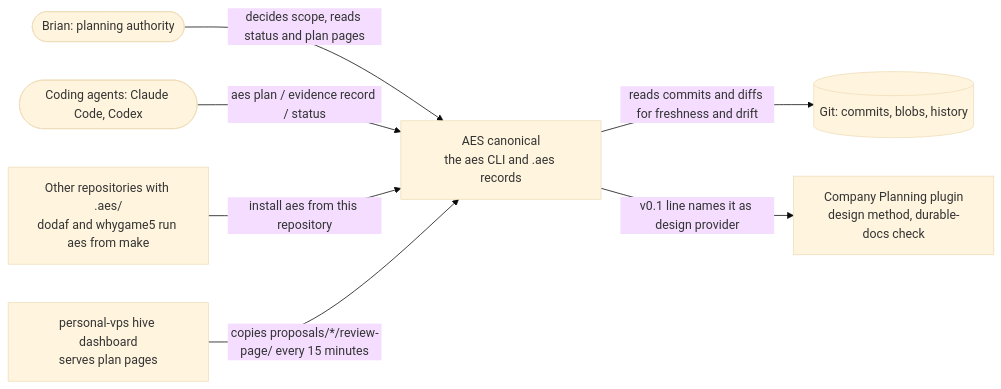
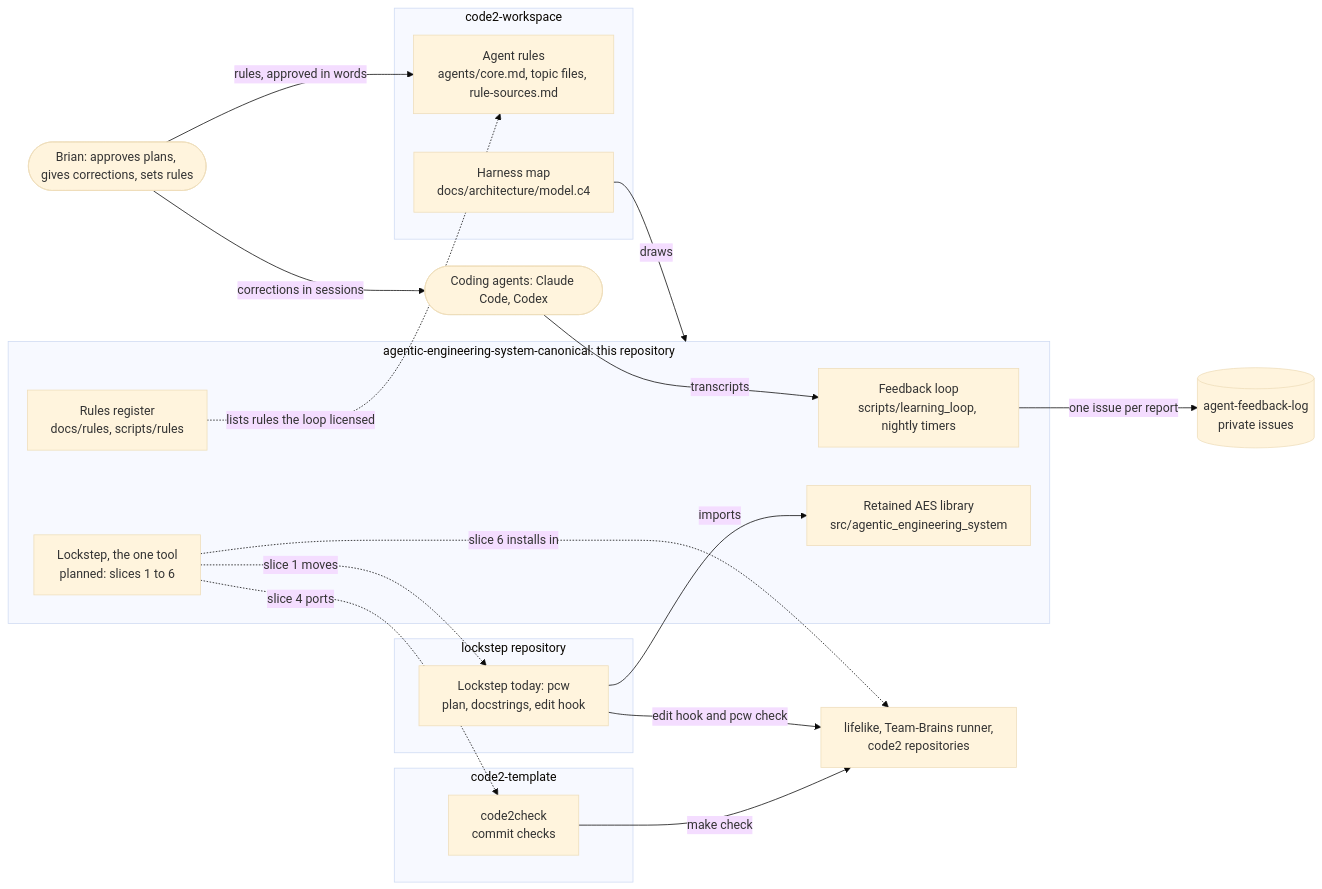
The first of 2 diagrams in docs/planning/SYSTEM_MODEL.md (BrianMills2718/agentic-engineering-system-canonical), drawn with Mermaid (base theme) before and after one commit. The commit also changed other lines of this file and 29 other files, not shown here.

First line of the commit message:
Planning package: replace the 'AES on hold' plan with the one-tool build

````diff
--- a/docs/planning/SYSTEM_MODEL.md
+++ b/docs/planning/SYSTEM_MODEL.md
@@ -17,16 +19,35 @@
 ```mermaid
 flowchart LR
-  brian([Brian: planning authority])
+  brian([Brian: approves plans, gives corrections, sets rules])
   agent([Coding agents: Claude Code, Codex])
-  aes[AES canonical<br/>the aes CLI and .aes records]
-  git[(Git: commits, blobs, history)]
-  consumers[Other repositories with .aes/<br/>dodaf and whygame5 run aes from make]
-  cp[Company Planning plugin<br/>design method, durable-docs check]
-  vps[personal-vps hive dashboard<br/>serves plan pages]
-  brian -->|decides scope, reads status and plan pages| aes
-  agent -->|aes plan / evidence record / status| aes
-  aes -->|reads commits and diffs for freshness and drift| git
-  consumers -->|install aes from this repository| aes
-  aes -->|v0.1 line names it as design provider| cp
-  vps -->|copies proposals/*/review-page/ every 15 minutes| aes
+  subgraph aesrepo[agentic-engineering-system-canonical: this repository]
+    loop[Feedback loop<br/>scripts/learning_loop, nightly timers]
+    register[Rules register<br/>docs/rules, scripts/rules]
+    lib[Retained AES library<br/>src/agentic_engineering_system]
+    onetool[Lockstep, the one tool<br/>planned: slices 1 to 6]
+  end
+  subgraph lsrepo[lockstep repository]
+    pcw[Lockstep today: pcw<br/>plan, docstrings, edit hook]
+  end
+  subgraph tpl[code2-template]
+    c2c[code2check<br/>commit checks]
+  end
+  subgraph ws[code2-workspace]
+    rules[Agent rules<br/>agents/core.md, topic files, rule-sources.md]
+    map[Harness map<br/>docs/architecture/model.c4]
+  end
+  log[(agent-feedback-log<br/>private issues)]
+  users[lifelike, Team-Brains runner,<br/>code2 repositories]
+  brian -->|corrections in sessions| agent
+  agent -->|transcripts| loop
+  loop -->|one issue per report| log
+  brian -->|rules, approved in words| rules
+  register -.->|lists rules the loop licensed| rules
+  pcw -->|imports| lib
+  pcw -->|edit hook and pcw check| users
+  c2c -->|make check| users
+  onetool -.->|slice 1 moves| pcw
+  onetool -.->|slice 4 ports| c2c
+  onetool -.->|slice 6 installs in| users
+  map -->|draws| aesrepo
 ```
````
